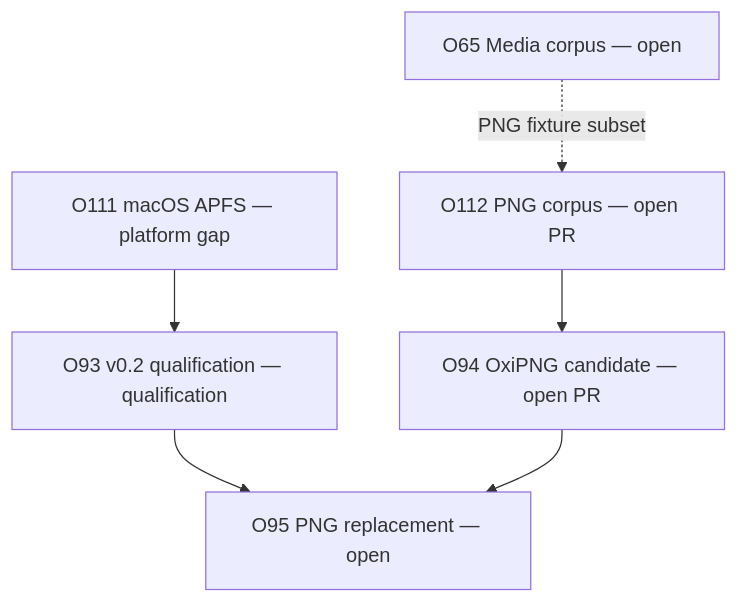
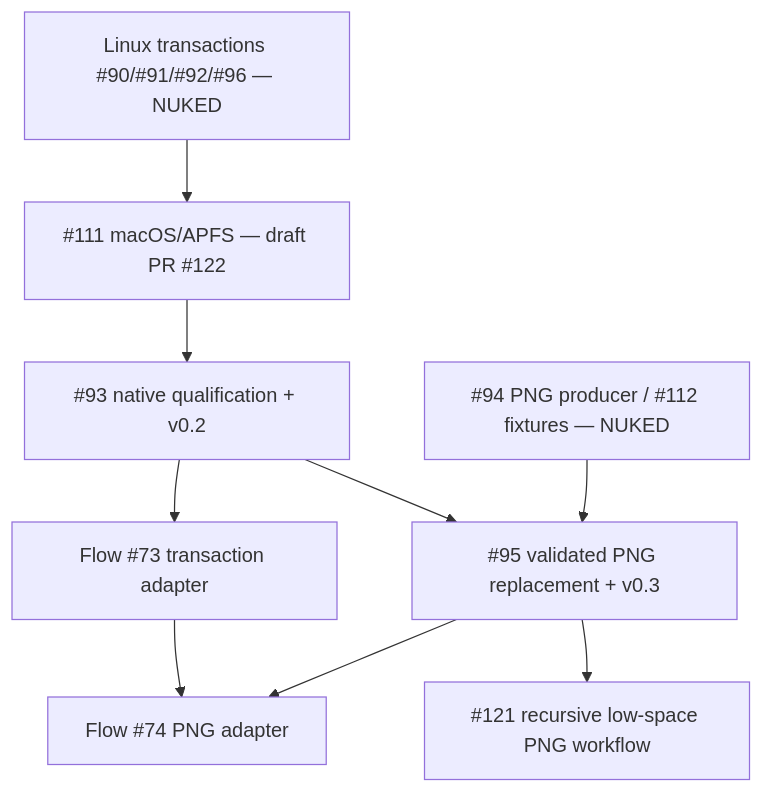
The second of 5 diagrams in docs/roadmaps/flow-suite-dependency-map.md (egohygiene/flow), drawn with Mermaid before and after one commit. The commit also changed other lines of this file and 8 other files, not shown here.

Commit message:
docs: refresh complete Flow suite roadmap and NUKED milestones [skip ci]

````diff
--- a/docs/roadmaps/flow-suite-dependency-map.md
+++ b/docs/roadmaps/flow-suite-dependency-map.md
@@ -240,14 +115,11 @@
 ```mermaid
 flowchart TB
-  O111["O111 macOS APFS — platform gap"]
-  O93["O93 v0.2 qualification — qualification"]
-  O65["O65 Media corpus — open"]
-  O94["O94 OxiPNG candidate — open PR"]
-  O95["O95 PNG replacement — open"]
-  O112["O112 PNG corpus — open PR"]
-  O111 --> O93
-  O93 --> O95
-  O94 --> O95
-  O65 -.->|"PNG fixture subset"| O112
-  O112 --> O94
+  L["Linux transactions #90/#91/#92/#96 — NUKED"] --> M["#111 macOS/APFS — draft PR #122"]
+  M --> Q["#93 native qualification + v0.2"]
+  P["#94 PNG producer / #112 fixtures — NUKED"] --> R["#95 validated PNG replacement + v0.3"]
+  Q --> R
+  Q --> A["Flow #73 transaction adapter"]
+  R --> B["Flow #74 PNG adapter"]
+  A --> B
+  R --> S["#121 recursive low-space PNG workflow"]
 ```
````
